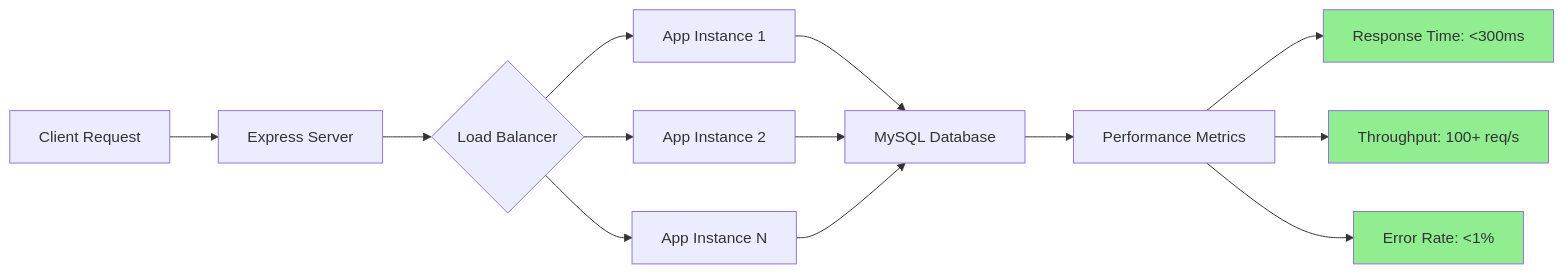
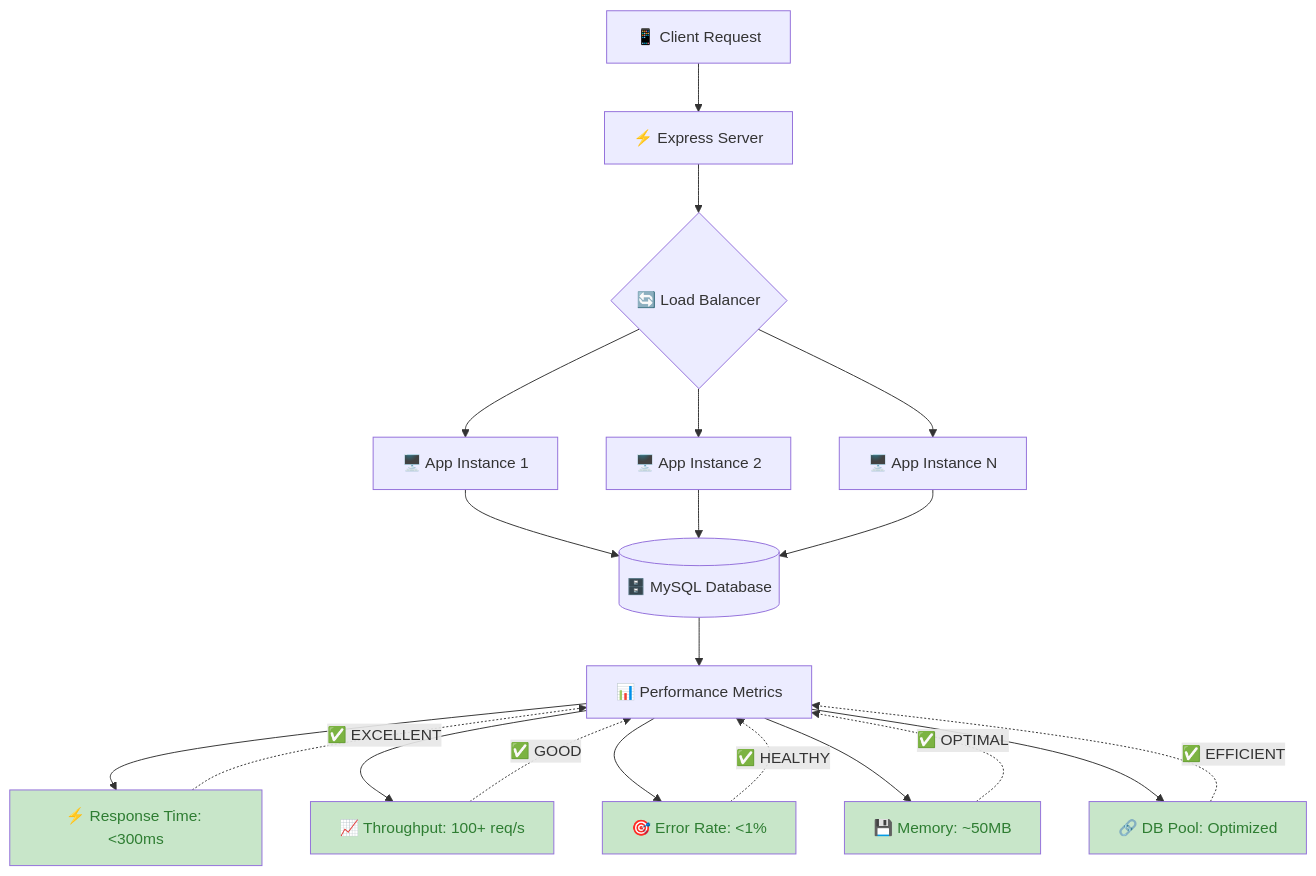
The seventh of 11 diagrams in README.md (Sandarsh18/Domain-booking-web-app), drawn with Mermaid before and after one commit. The commit also changed other lines of this file, not shown here.

````diff
--- a/README.md
+++ b/README.md
@@ -563,21 +621,33 @@
 ```mermaid
-graph LR
-    A[Client Request] --> B[Express Server]
-    B --> C{Load Balancer}
-    C --> D[App Instance 1]
-    C --> E[App Instance 2]
-    C --> F[App Instance N]
+graph TB
+    A[📱 Client Request] --> B[⚡ Express Server]
+    B --> C{🔄 Load Balancer}
     
-    D --> G[MySQL Database]
+    C --> D[🖥️ App Instance 1]
+    C --> E[🖥️ App Instance 2]
+    C --> F[🖥️ App Instance N]
+    
+    D --> G[(🗄️ MySQL Database)]
     E --> G
     F --> G
     
-    G --> H[Performance Metrics]
-    H --> I[Response Time: <300ms]
-    H --> J[Throughput: 100+ req/s]
-    H --> K[Error Rate: <1%]
+    G --> H[📊 Performance Metrics]
     
-    style I fill:#90EE90
-    style J fill:#90EE90  
-    style K fill:#90EE90
+    H --> I[⚡ Response Time: <300ms]
+    H --> J[📈 Throughput: 100+ req/s]
+    H --> K[🎯 Error Rate: <1%]
+    H --> L[💾 Memory: ~50MB]
+    H --> M[🔗 DB Pool: Optimized]
+    
+    style I fill:#c8e6c9,color:#2e7d32
+    style J fill:#c8e6c9,color:#2e7d32
+    style K fill:#c8e6c9,color:#2e7d32
+    style L fill:#c8e6c9,color:#2e7d32
+    style M fill:#c8e6c9,color:#2e7d32
+    
+    I -.->|✅ EXCELLENT| H
+    J -.->|✅ GOOD| H
+    K -.->|✅ HEALTHY| H
+    L -.->|✅ OPTIMAL| H
+    M -.->|✅ EFFICIENT| H
 ```
````
